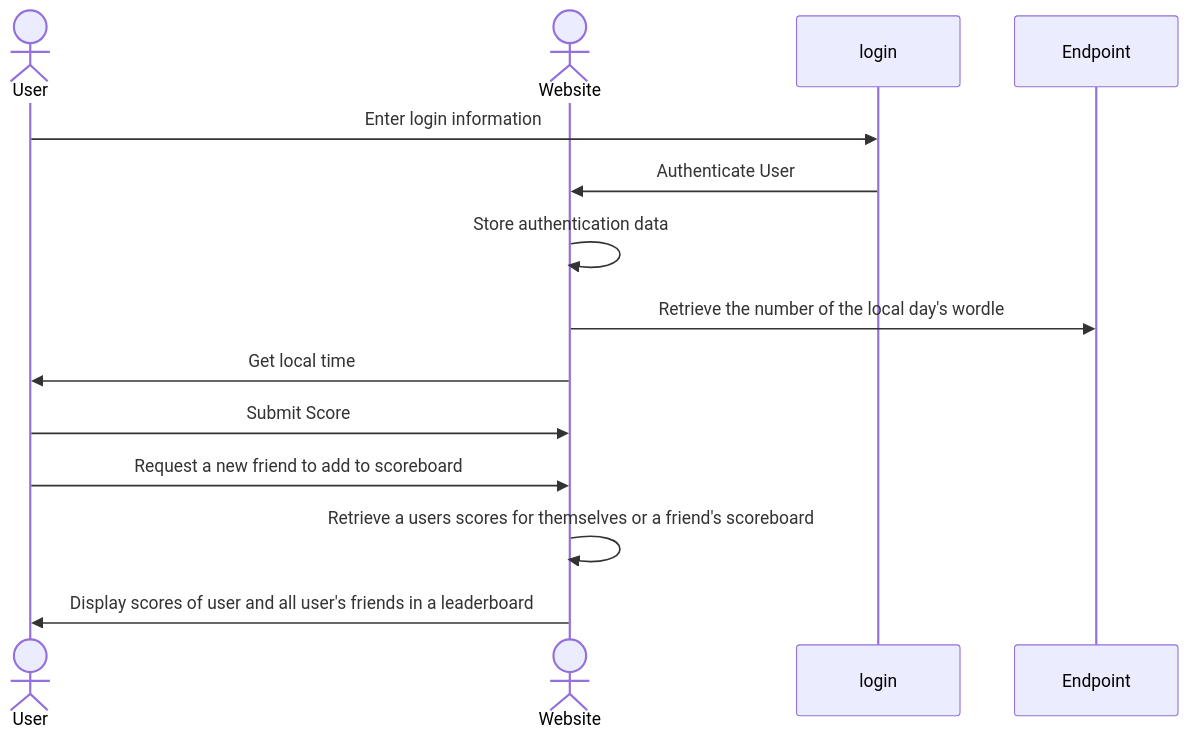
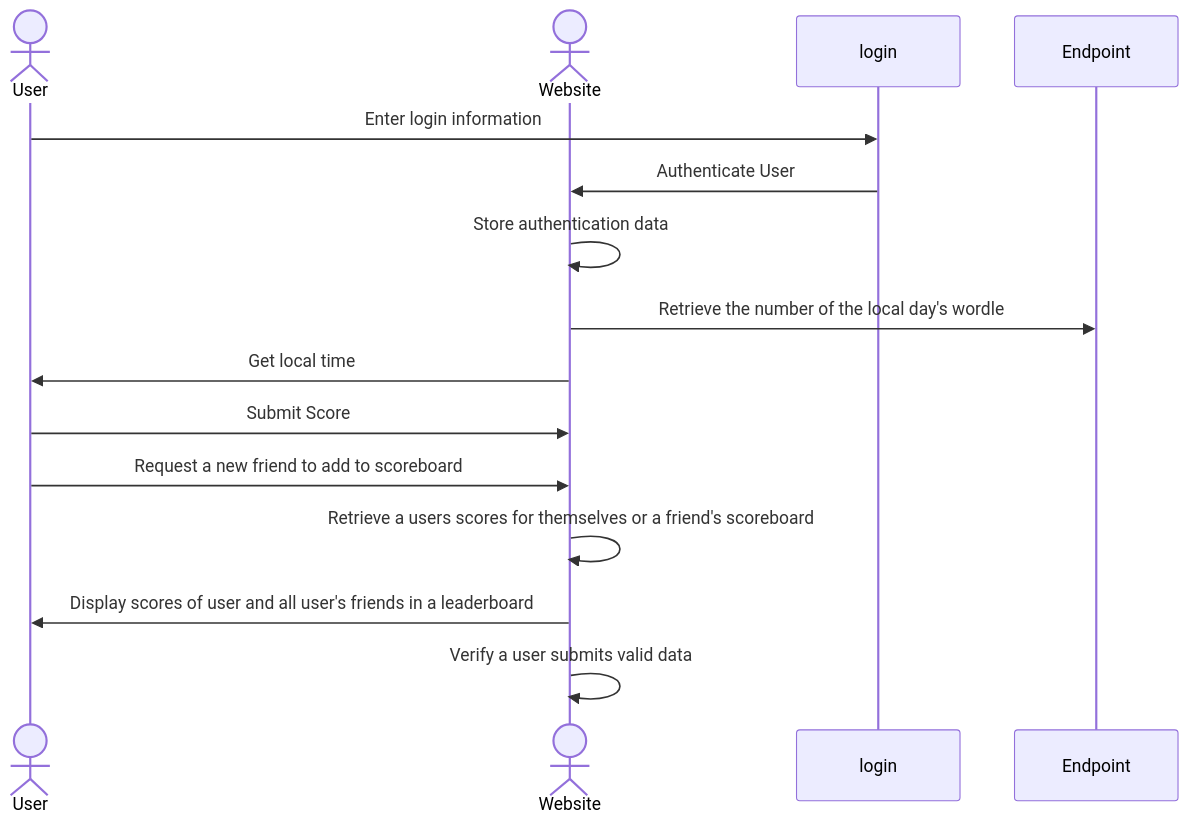
The diagram in README.md (Aathok-Git/cs260-startup), drawn with Mermaid before and after one commit.

````diff
--- a/README.md
+++ b/README.md
@@ -37,14 +37,15 @@
 ```mermaid
 sequenceDiagram
     actor User
     actor Website
     User->>login: Enter login information
     login->>Website: Authenticate User
     Website->>Website: Store authentication data
     Website->>Endpoint: Retrieve the number of the local day's wordle
     Website->>User: Get local time
     User->>Website: Submit Score
     User->>Website: Request a new friend to add to scoreboard
     Website->>Website: Retrieve a users scores for themselves or a friend's scoreboard
     Website->>User: Display scores of user and all user's friends in a leaderboard
+    Website->>Website: Verify a user submits valid data
 ```
````
